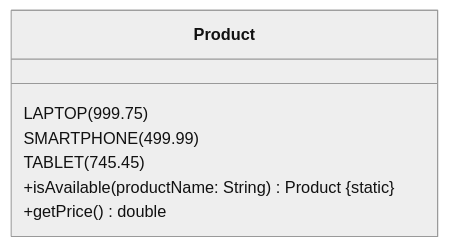
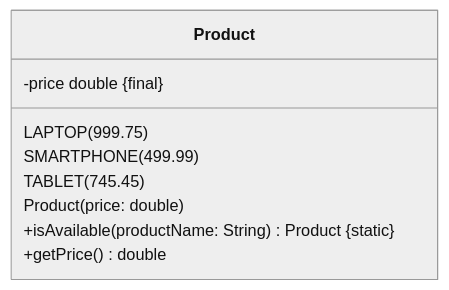
Before and after one commit to wielandjan/java_helloWorld_1: the fourth of 4 diagrams in scr/exercises/Programmieren1/SampleExam/ReadMe.md, drawn with Mermaid (neutral theme). The commit also changed other lines of this file and 1 other file, not shown here.

````diff
--- a/scr/exercises/Programmieren1/SampleExam/ReadMe.md
+++ b/scr/exercises/Programmieren1/SampleExam/ReadMe.md
@@ -142,10 +209,13 @@
 ```mermaid
 classDiagram
     class Product {
         LAPTOP(999.75)
         SMARTPHONE(499.99)
         TABLET(745.45)
+
+        -price double #123;final#125;
+        Product(price: double)
         +isAvailable(productName: String) Product #123;static#125;
         +getPrice() double
     }
 ```
````
